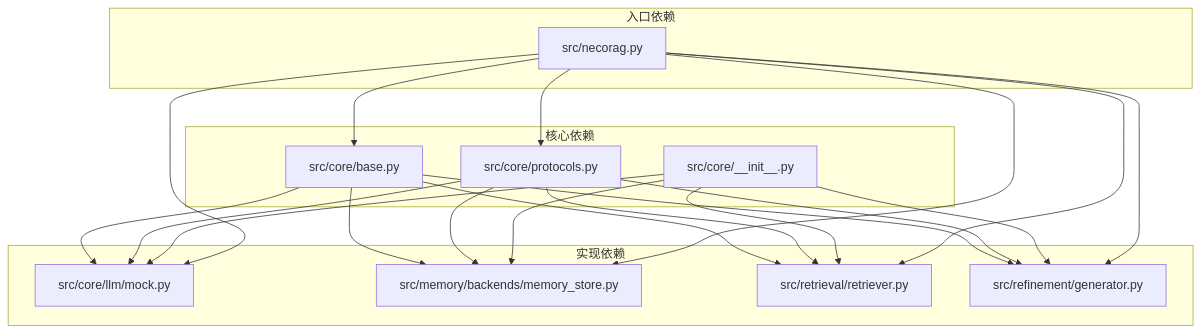
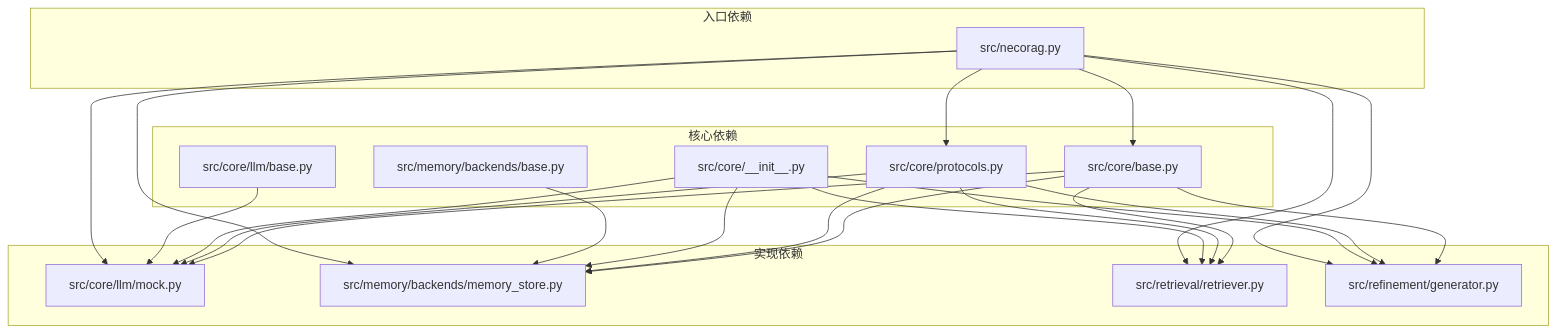
Diagram 13 of 13 in .qoder/repowiki/zh/content/核心架构设计/抽象基类设计.md (JieGaoPrinceton/NecoRAG), drawn with Mermaid before and after one commit. The commit also changed other lines of this file and 12 other files, not shown here.

````diff
--- a/.qoder/repowiki/zh/content/核心架构设计/抽象基类设计.md
+++ b/.qoder/repowiki/zh/content/核心架构设计/抽象基类设计.md
@@ -712,35 +922,39 @@
 ```mermaid
 graph TB
 subgraph "核心依赖"
 CoreBase[src/core/base.py]
 CoreProtocols[src/core/protocols.py]
 CoreInit[src/core/__init__.py]
+LLMBase[src/core/llm/base.py]
+BackendBase[src/memory/backends/base.py]
 end
 subgraph "实现依赖"
 MockLLM[src/core/llm/mock.py]
 MemoryStore[src/memory/backends/memory_store.py]
 RetrieverImpl[src/retrieval/retriever.py]
 GeneratorImpl[src/refinement/generator.py]
 end
 subgraph "入口依赖"
 NecoRAGEntry[src/necorag.py]
 end
 CoreBase --> MockLLM
 CoreBase --> MemoryStore
 CoreBase --> RetrieverImpl
 CoreBase --> GeneratorImpl
 CoreProtocols --> MockLLM
 CoreProtocols --> MemoryStore
 CoreProtocols --> RetrieverImpl
 CoreProtocols --> GeneratorImpl
 CoreInit --> MockLLM
 CoreInit --> MemoryStore
 CoreInit --> RetrieverImpl
 CoreInit --> GeneratorImpl
+LLMBase --> MockLLM
+BackendBase --> MemoryStore
 NecoRAGEntry --> CoreBase
 NecoRAGEntry --> CoreProtocols
 NecoRAGEntry --> MockLLM
 NecoRAGEntry --> MemoryStore
 NecoRAGEntry --> RetrieverImpl
 NecoRAGEntry --> GeneratorImpl
 ```
````
